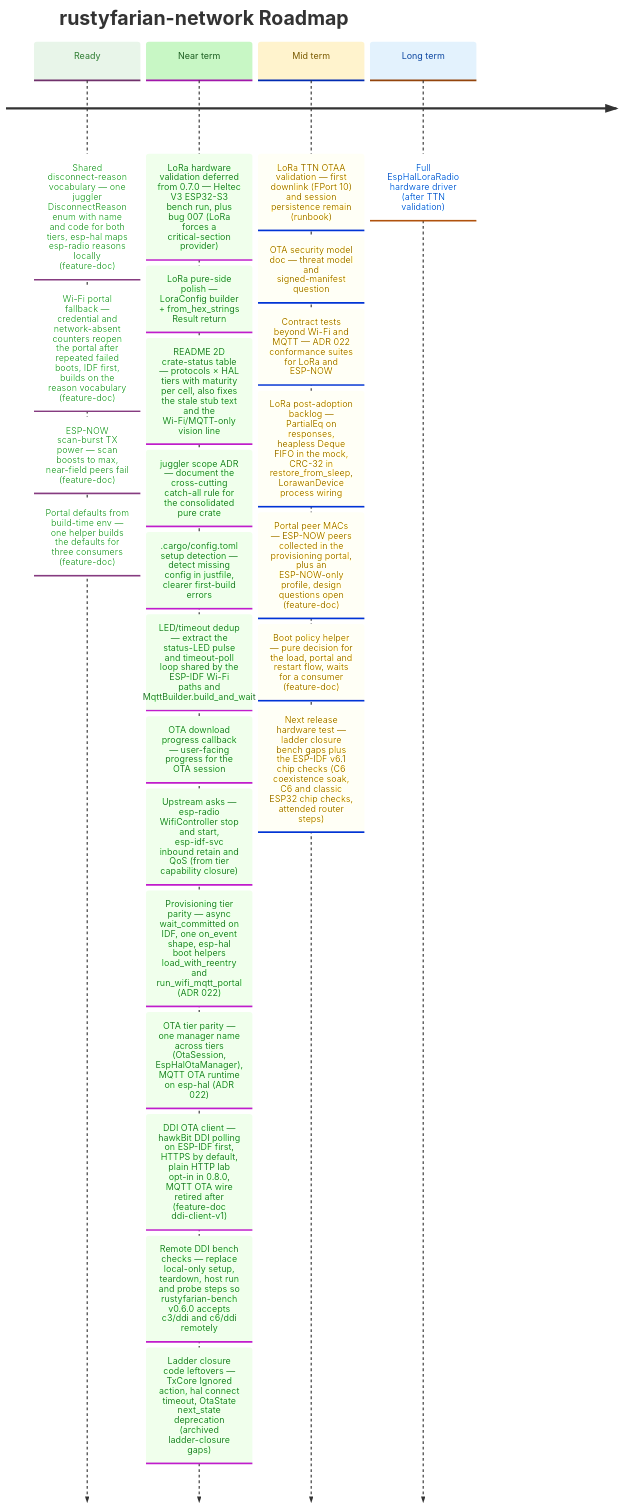
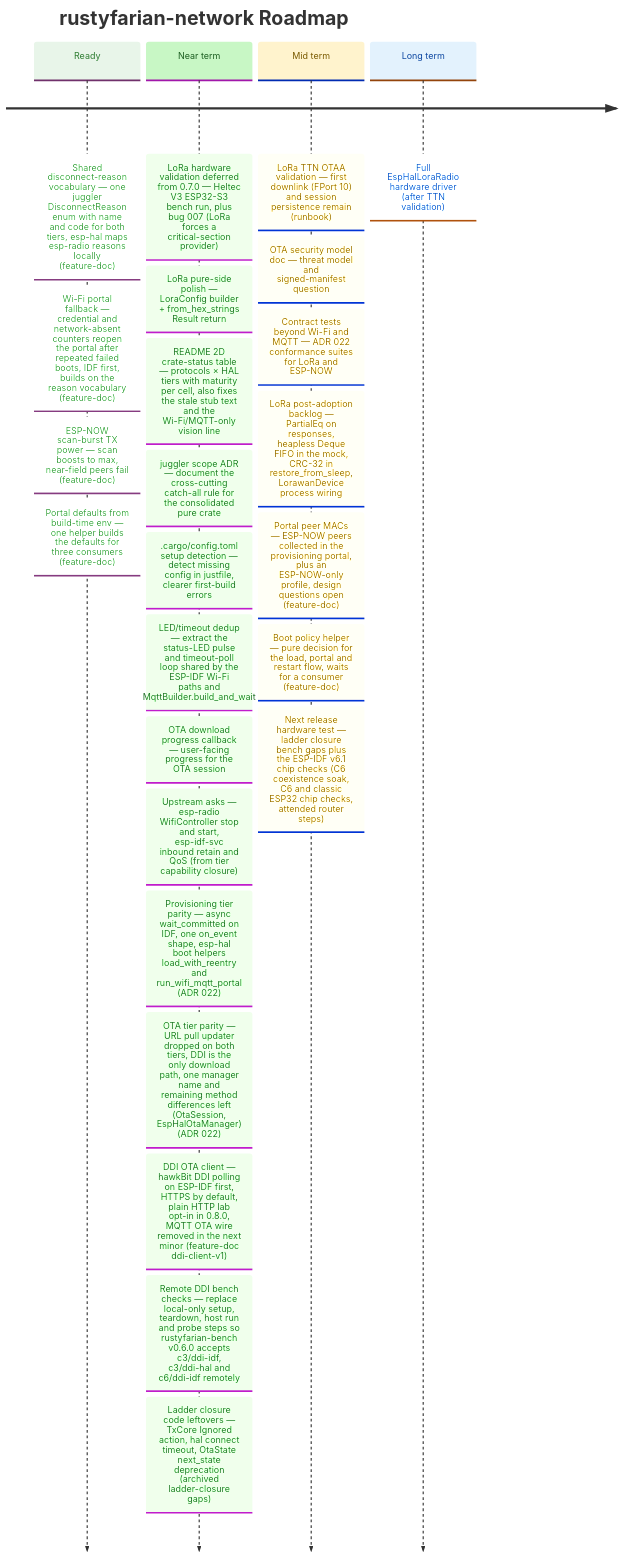
One commit to datenkollektiv/rustyfarian-network changed the diagram in docs/ROADMAP.md. Above: the diagram before and after it, drawn with Mermaid. The commit also changed other lines of this file and 118 other files, not shown here.

First line of the commit message:
Remove the MQTT OTA wire

````diff
--- a/docs/ROADMAP.md
+++ b/docs/ROADMAP.md
@@ -16,46 +16,46 @@
 ```mermaid
 %%{init: {
   "theme": "base",
   "themeVariables": {
     "cScale0": "#e8f5e9",
     "cScaleLabel0": "#2e7d32",
     "cScale1": "#c8f7c5",
     "cScaleLabel1": "#1b5e20",
     "cScale2": "#fff3cd",
     "cScaleLabel2": "#7a5a00",
     "cScale3": "#e3f2fd",
     "cScaleLabel3": "#0d47a1"
   }
 }}%%
 
 timeline
     title rustyfarian-network Roadmap
 
     Ready     : Shared disconnect-reason vocabulary — one juggler DisconnectReason enum with name and code for both tiers, esp-hal maps esp-radio reasons locally (feature-doc)
               : Wi-Fi portal fallback — credential and network-absent counters reopen the portal after repeated failed boots, IDF first, builds on the reason vocabulary (feature-doc)
               : ESP-NOW scan-burst TX power — scan boosts to max, near-field peers fail (feature-doc)
               : Portal defaults from build-time env — one helper builds the defaults for three consumers (feature-doc)
     Near term : LoRa hardware validation deferred from 0.7.0 — Heltec V3 ESP32-S3 bench run, plus bug 007 (LoRa forces a critical-section provider)
               : LoRa pure-side polish — LoraConfig builder + from_hex_strings Result return
               : README 2D crate-status table — protocols × HAL tiers with maturity per cell, also fixes the stale stub text and the Wi-Fi/MQTT-only vision line
               : juggler scope ADR — document the cross-cutting catch-all rule for the consolidated pure crate
               : .cargo/config.toml setup detection — detect missing config in justfile, clearer first-build errors
               : LED/timeout dedup — extract the status-LED pulse and timeout-poll loop shared by the ESP-IDF Wi-Fi paths and MqttBuilder.build_and_wait
               : OTA download progress callback — user-facing progress for the OTA session
               : Upstream asks — esp-radio WifiController stop and start, esp-idf-svc inbound retain and QoS (from tier capability closure)
               : Provisioning tier parity — async wait_committed on IDF, one on_event shape, esp-hal boot helpers load_with_reentry and run_wifi_mqtt_portal (ADR 022)
-              : OTA tier parity — one manager name across tiers (OtaSession, EspHalOtaManager), MQTT OTA runtime on esp-hal (ADR 022)
-              : DDI OTA client — hawkBit DDI polling on ESP-IDF first, HTTPS by default, plain HTTP lab opt-in in 0.8.0, MQTT OTA wire retired after (feature-doc ddi-client-v1)
-              : Remote DDI bench checks — replace local-only setup, teardown, host run and probe steps so rustyfarian-bench v0.6.0 accepts c3/ddi and c6/ddi remotely
+              : OTA tier parity — URL pull updater dropped on both tiers, DDI is the only download path, one manager name and remaining method differences left (OtaSession, EspHalOtaManager) (ADR 022)
+              : DDI OTA client — hawkBit DDI polling on ESP-IDF first, HTTPS by default, plain HTTP lab opt-in in 0.8.0, MQTT OTA wire removed in the next minor (feature-doc ddi-client-v1)
+              : Remote DDI bench checks — replace local-only setup, teardown, host run and probe steps so rustyfarian-bench v0.6.0 accepts c3/ddi-idf, c3/ddi-hal and c6/ddi-idf remotely
               : Ladder closure code leftovers — TxCore Ignored action, hal connect timeout, OtaState next_state deprecation (archived ladder-closure gaps)
 
     Mid term  : LoRa TTN OTAA validation — first downlink (FPort 10) and session persistence remain (runbook)
               : OTA security model doc — threat model and signed-manifest question
               : Contract tests beyond Wi-Fi and MQTT — ADR 022 conformance suites for LoRa and ESP-NOW
               : LoRa post-adoption backlog — PartialEq on responses, heapless Deque FIFO in the mock, CRC-32 in restore_from_sleep, LorawanDevice process wiring
               : Portal peer MACs — ESP-NOW peers collected in the provisioning portal, plus an ESP-NOW-only profile, design questions open (feature-doc)
               : Boot policy helper — pure decision for the load, portal and restart flow, waits for a consumer (feature-doc)
               : Next release hardware test — ladder closure bench gaps plus the ESP-IDF v6.1 chip checks (C6 coexistence soak, C6 and classic ESP32 chip checks, attended router steps)
 
     Long term : Full EspHalLoraRadio hardware driver (after TTN validation)
 ```
````
